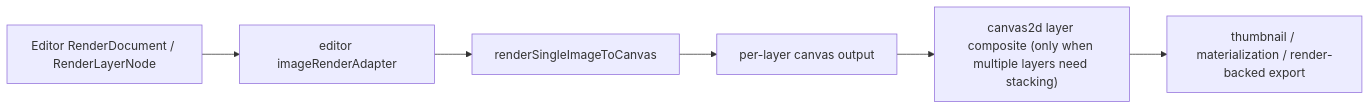
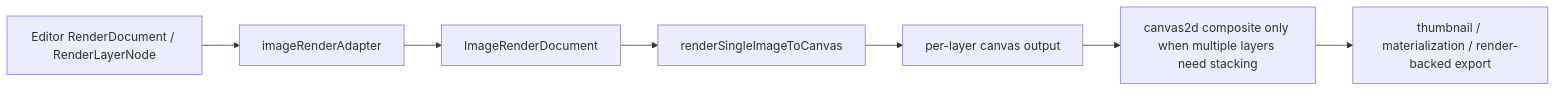
The second of 2 diagrams in docs/tasks/single-image-render-kernel.md (YakiHugo/FilmLab), drawn with Mermaid before and after one commit. The commit also changed other lines of this file and 3 other files, not shown here.

Commit message:
docs(renderer): close single-image task

````diff
--- a/docs/tasks/single-image-render-kernel.md
+++ b/docs/tasks/single-image-render-kernel.md
@@ -51,8 +46,9 @@
 ```mermaid
 flowchart LR
-  A["Editor RenderDocument / RenderLayerNode"] --> B["editor imageRenderAdapter"]
-  B --> C["renderSingleImageToCanvas"]
-  C --> D["per-layer canvas output"]
-  D --> E["canvas2d layer composite (only when multiple layers need stacking)"]
-  E --> F["thumbnail / materialization / render-backed export"]
+  A["Editor RenderDocument / RenderLayerNode"] --> B["imageRenderAdapter"]
+  B --> C["ImageRenderDocument"]
+  C --> D["renderSingleImageToCanvas"]
+  D --> E["per-layer canvas output"]
+  E --> F["canvas2d composite only when multiple layers need stacking"]
+  F --> G["thumbnail / materialization / render-backed export"]
 ```
````
